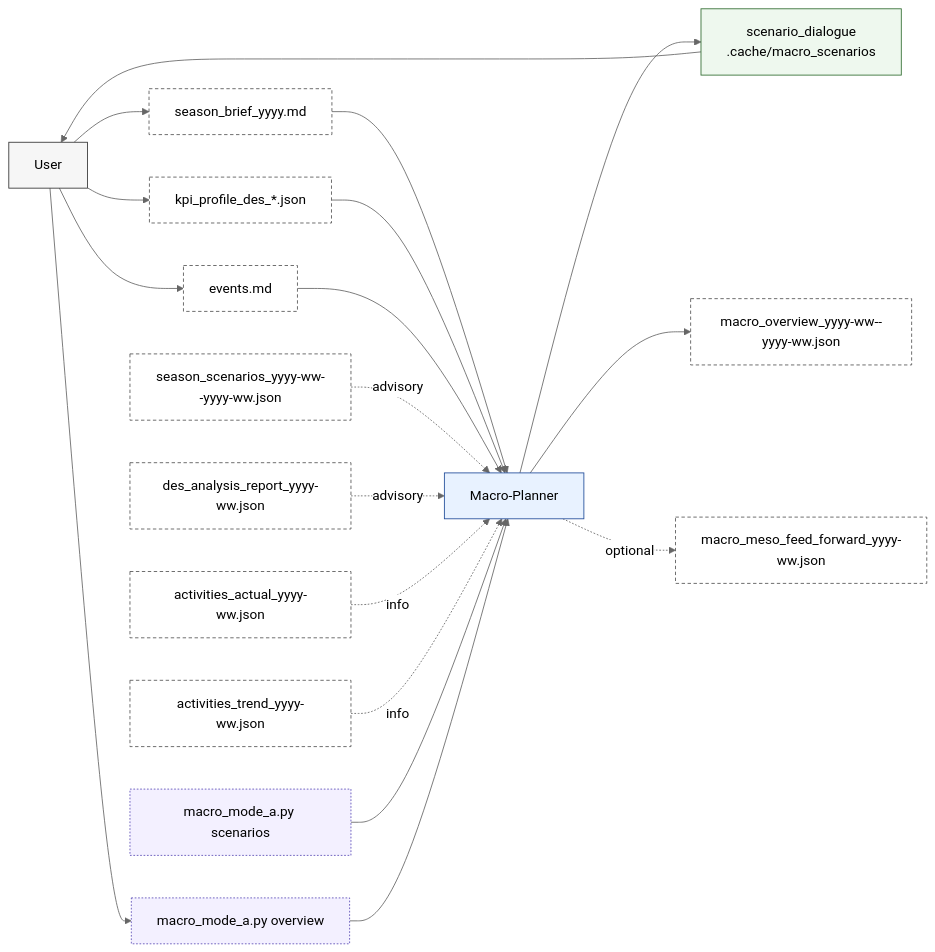
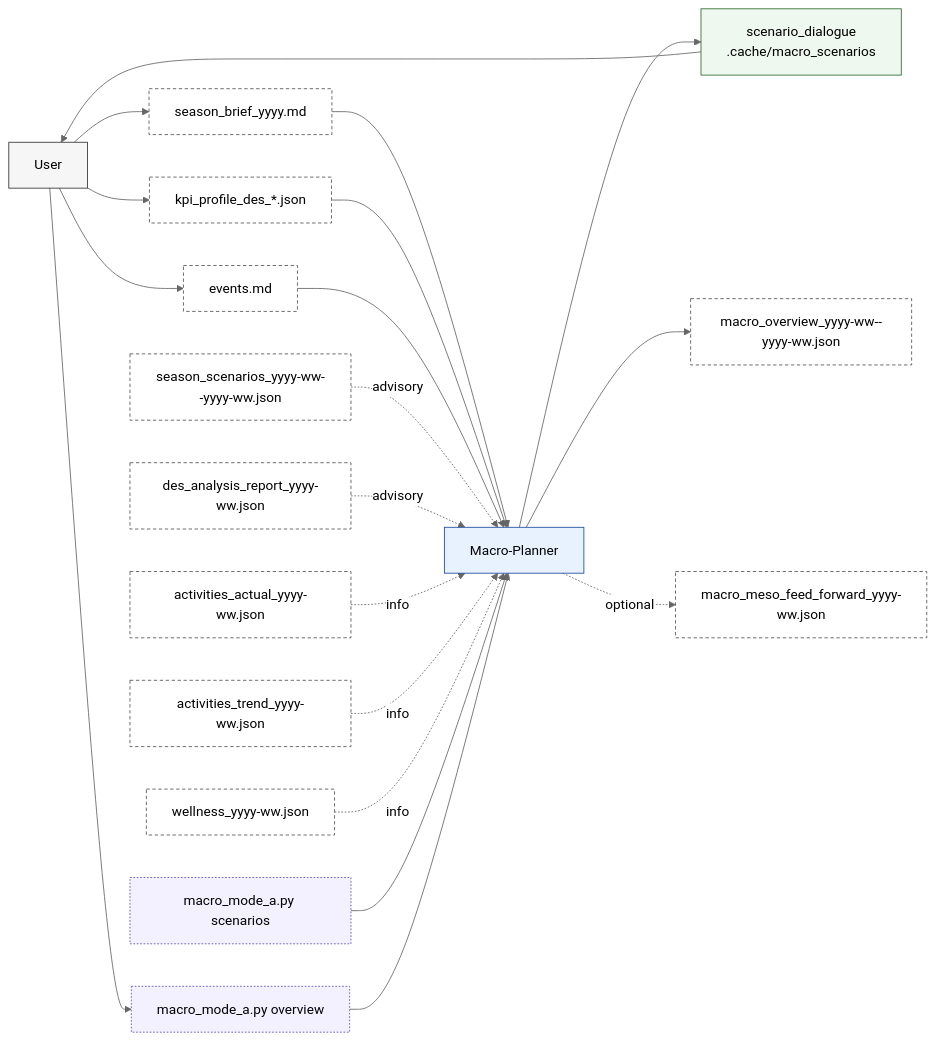
One commit to albauer-priv/RPS changed the third of 8 diagrams in doc/artefact_flow_overview_and_detail.md. Above: the diagram before and after it, drawn with Mermaid (neutral theme). The commit also changed other lines of this file and 26 other files, not shown here.

Commit message:
Add wellness artifact pipeline and schema

````diff
--- a/doc/artefact_flow_overview_and_detail.md
+++ b/doc/artefact_flow_overview_and_detail.md
@@ -152,23 +158,24 @@
 ```mermaid
 flowchart LR
   U[User]:::actor --> SB[season_brief_yyyy.md]:::artefact --> MA[Macro-Planner]:::agent
   U --> KP[kpi_profile_des_*.json]:::artefact --> MA
   U --> EV[events.md]:::artefact --> MA
   SC[season_scenarios_yyyy-ww--yyyy-ww.json]:::artefact -. advisory .-> MA
   DR[des_analysis_report_yyyy-ww.json]:::artefact -. advisory .-> MA
   AA[activities_actual_yyyy-ww.json]:::artefact -. info .-> MA
   AT[activities_trend_yyyy-ww.json]:::artefact -. info .-> MA
+  WL[wellness_yyyy-ww.json]:::artefact -. info .-> MA
 
   S1[macro_mode_a.py scenarios]:::script --> MA
   MA --> SCN[scenario_dialogue<br/>.cache/macro_scenarios]:::component --> U
   U --> S2[macro_mode_a.py overview]:::script --> MA
 
   MA --> MO[macro_overview_yyyy-ww--yyyy-ww.json]:::artefact
   MA -. optional .-> MMFF[macro_meso_feed_forward_yyyy-ww.json]:::artefact
 
   classDef actor fill:#f6f6f6,stroke:#333,stroke-width:1px;
   classDef agent fill:#e8f2ff,stroke:#1f4b99,stroke-width:1px;
   classDef artefact fill:#ffffff,stroke:#555,stroke-dasharray: 4 3,stroke-width:1px;
   classDef script fill:#f3f0ff,stroke:#5b4db8,stroke-width:1px,stroke-dasharray: 2 2;
   classDef component fill:#eef8ee,stroke:#2f6b2f,stroke-width:1px;
 ```
````
